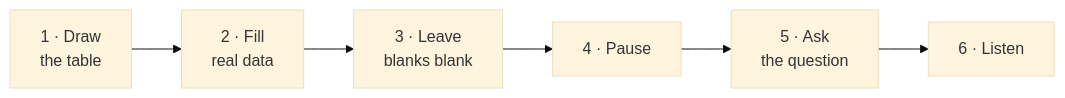
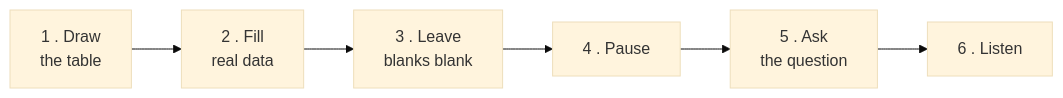
One commit to leotansingapore/aia-product-compass-hub changed the diagram in docs/first-60-days/week-3/day-13.md. Above: the diagram before and after it, drawn with Mermaid (base theme). The commit also changed other lines of this file and 75 other files, not shown here.

````diff
--- a/docs/first-60-days/week-3/day-13.md
+++ b/docs/first-60-days/week-3/day-13.md
@@ -112,4 +112,4 @@
 ```mermaid
 flowchart LR
-    S1["1 · Draw<br/>the table"] --> S2["2 · Fill<br/>real data"] --> S3["3 · Leave<br/>blanks blank"] --> S4["4 · Pause"] --> S5["5 · Ask<br/>the question"] --> S6["6 · Listen"]
+    S1["1 . Draw<br/>the table"] --> S2["2 . Fill<br/>real data"] --> S3["3 . Leave<br/>blanks blank"] --> S4["4 . Pause"] --> S5["5 . Ask<br/>the question"] --> S6["6 . Listen"]
 ```
````
